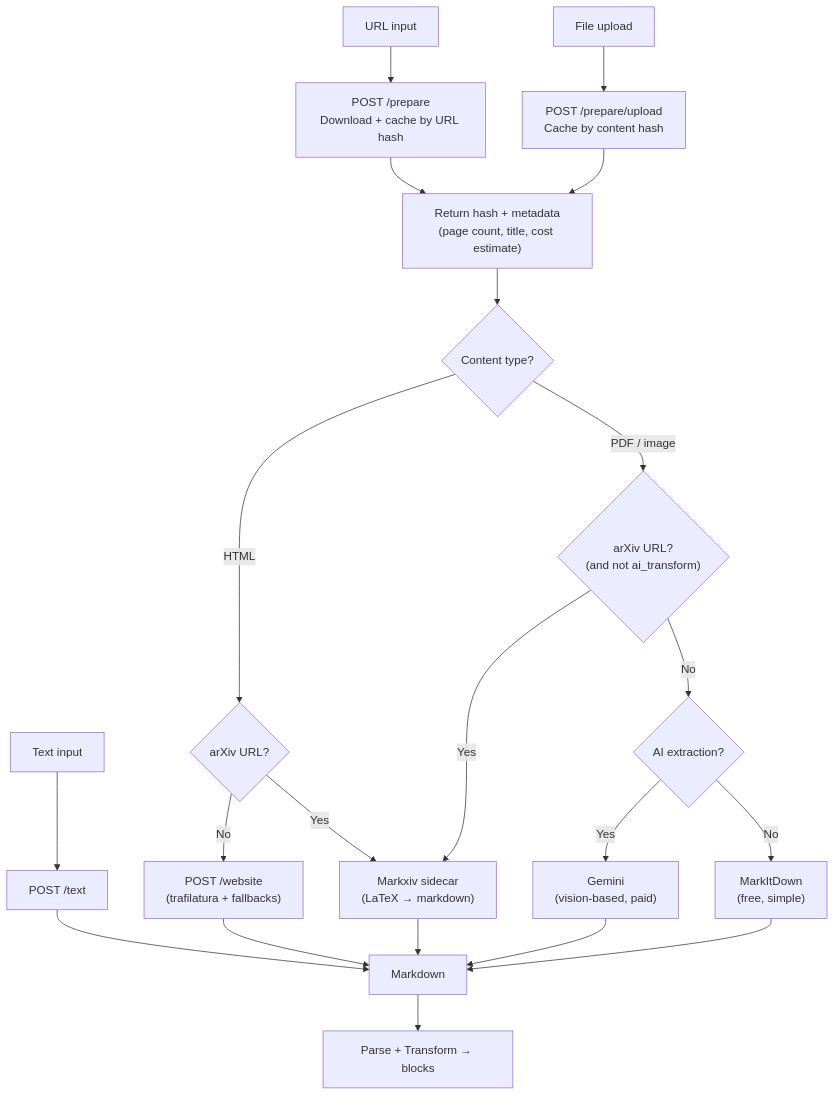
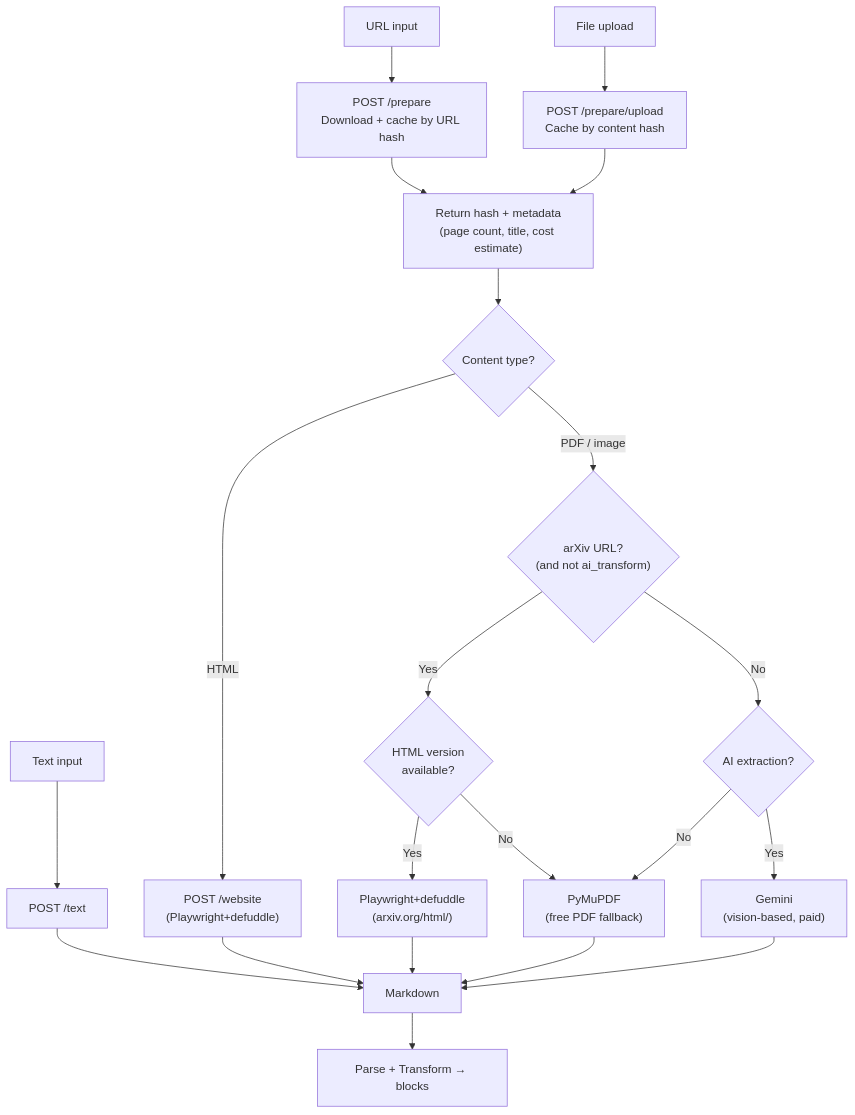
Before and after one commit to yapit-tts/yapit: the second of 7 diagrams in docs/architecture.md, drawn with Mermaid. The commit also changed other lines of this file and 29 other files, not shown here.

First line of the commit message:
feat: replace trafilatura and markxiv with defuddle

````diff
--- a/docs/architecture.md
+++ b/docs/architecture.md
@@ -65,22 +64,22 @@
 ```mermaid
 flowchart TD
     T["Text input"] --> TEXT["POST /text"]
     U["URL input"] --> P1["POST /prepare<br/>Download + cache by URL hash"]
     F["File upload"] --> P2["POST /prepare/upload<br/>Cache by content hash"]
 
     P1 & P2 --> META["Return hash + metadata<br/>(page count, title, cost estimate)"]
 
     META --> W{"Content type?"}
-    W -->|HTML| WS_AX{"arXiv URL?"}
-    WS_AX -->|Yes| MX["Markxiv sidecar<br/>(LaTeX → markdown)"]
-    WS_AX -->|No| WS["POST /website<br/>(trafilatura + fallbacks)"]
+    W -->|HTML| WS["POST /website<br/>(Playwright+defuddle)"]
 
     W -->|PDF / image| DOC_AX{"arXiv URL?<br/>(and not ai_transform)"}
-    DOC_AX -->|Yes| MX
+    DOC_AX -->|Yes| AX_HTML{"HTML version<br/>available?"}
+    AX_HTML -->|Yes| DEFUDDLE["Playwright+defuddle<br/>(arxiv.org/html/)"]
+    AX_HTML -->|No| PYMUPDF["PyMuPDF<br/>(free PDF fallback)"]
     DOC_AX -->|No| AI{"AI extraction?"}
     AI -->|Yes| GEM["Gemini<br/>(vision-based, paid)"]
-    AI -->|No| MIT["MarkItDown<br/>(free, simple)"]
+    AI -->|No| PYMUPDF
 
-    TEXT & WS & MX & GEM & MIT --> MD["Markdown"]
+    TEXT & WS & DEFUDDLE & PYMUPDF & GEM --> MD["Markdown"]
     MD --> PARSE["Parse + Transform → blocks"]
 ```
````
